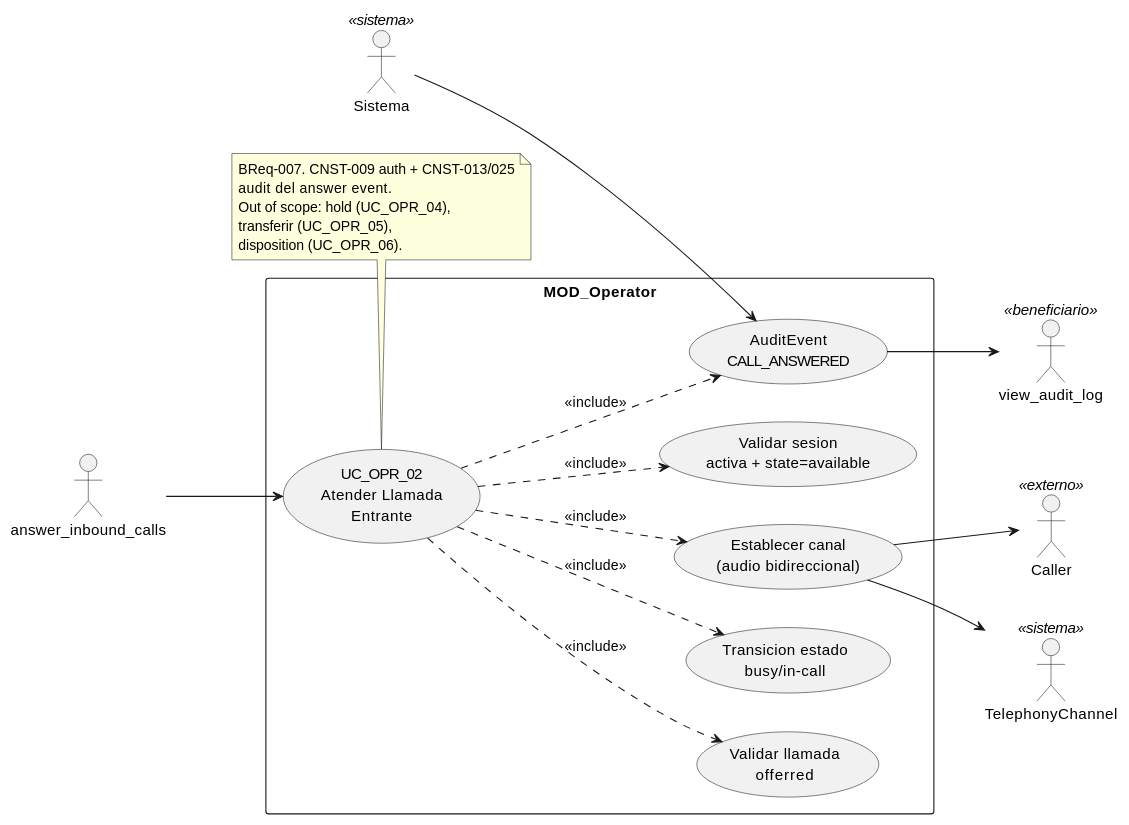
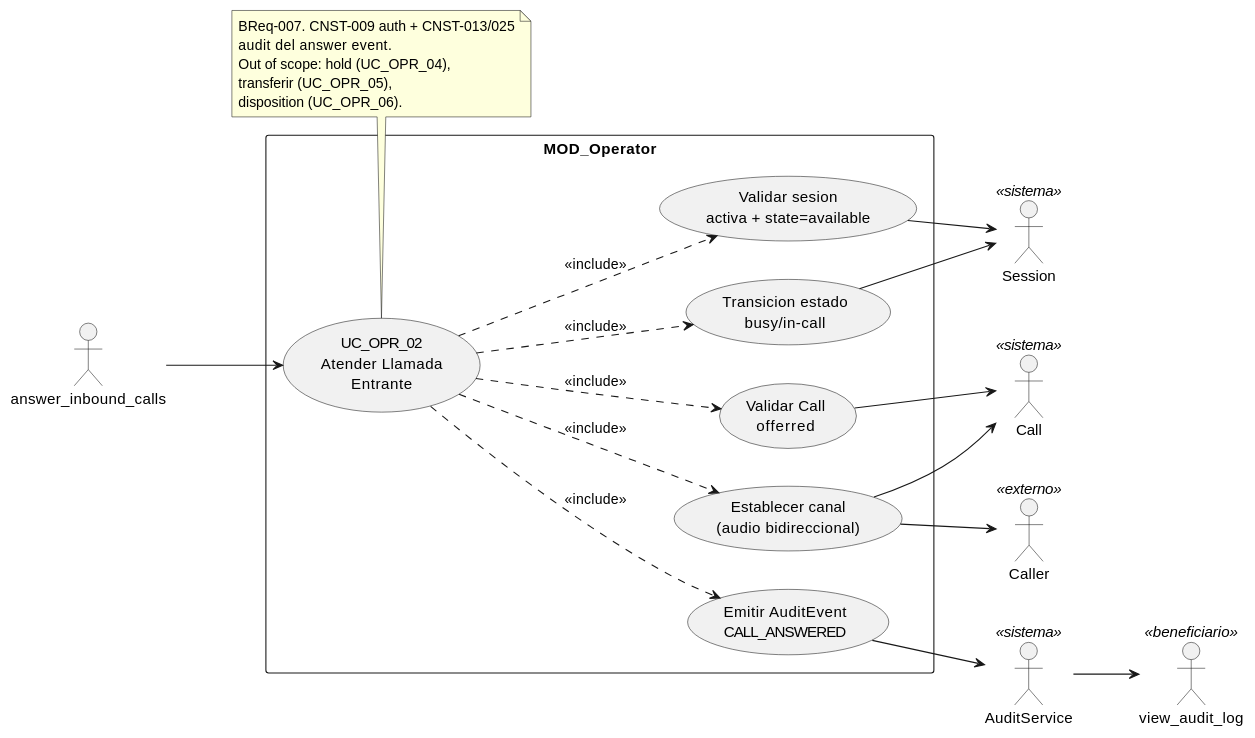
One commit to jcg-admin/IACT-docs changed the diagram in source/requisitos/casos-uso/operator/uc-opr-02/diagramas-uml/diagrama-de-caso-de-uso.rst. Above: the diagram before and after it, drawn with PlantUML. The commit also changed other lines of this file and 52 other files, not shown here.

```diff
--- a/source/requisitos/casos-uso/operator/uc-opr-02/diagramas-uml/diagrama-de-caso-de-uso.rst
+++ b/source/requisitos/casos-uso/operator/uc-opr-02/diagramas-uml/diagrama-de-caso-de-uso.rst
@@ -4,43 +4,47 @@
 .. uml::
  :caption: UC_OPR_02 — actores y casos asociados
 
  @startuml
 
  left to right direction
 
  actor "answer_inbound_calls" as INVOKER
  actor "Caller" as CALLER <<externo>>
- actor "TelephonyChannel" as CHANNEL <<sistema>>
- actor "Sistema" as Sistema <<sistema>>
+ actor "Call" as CALL <<sistema>>
+ actor "Session" as SESSION <<sistema>>
+ actor "AuditService" as AS <<sistema>>
  actor "view_audit_log" as view_audit_log <<beneficiario>>
 
  rectangle "MOD_Operator" {
    usecase "UC_OPR_02\nAtender Llamada\nEntrante" as UC_OPR_02
    usecase "Validar sesion\nactiva + state=available" as VALIDAR_AGENT
-   usecase "Validar llamada\nofferred" as VALIDAR_OFFER
+   usecase "Validar Call\nofferred" as VALIDAR_OFFER
    usecase "Establecer canal\n(audio bidireccional)" as ESTABLECER
    usecase "Transicion estado\nbusy/in-call" as TRANSICION
-   usecase "AuditEvent\nCALL_ANSWERED" as AUDIT
+   usecase "Emitir AuditEvent\nCALL_ANSWERED" as AUDIT
  }
 
  INVOKER --> UC_OPR_02
  UC_OPR_02 ..> VALIDAR_AGENT : <<include>>
  UC_OPR_02 ..> VALIDAR_OFFER : <<include>>
  UC_OPR_02 ..> ESTABLECER : <<include>>
  UC_OPR_02 ..> TRANSICION : <<include>>
  UC_OPR_02 ..> AUDIT : <<include>>
 
- ESTABLECER --> CHANNEL
+ VALIDAR_AGENT --> SESSION
+ VALIDAR_OFFER --> CALL
+ ESTABLECER --> CALL
  ESTABLECER --> CALLER
- Sistema --> AUDIT
- AUDIT --> view_audit_log
+ TRANSICION --> SESSION
+ AUDIT --> AS
+ AS --> view_audit_log
 
  note bottom of UC_OPR_02
    BReq-007. CNST-009 auth + CNST-013/025
    audit del answer event.
    Out of scope: hold (UC_OPR_04),
    transferir (UC_OPR_05),
    disposition (UC_OPR_06).
  end note
 
  @enduml
```
